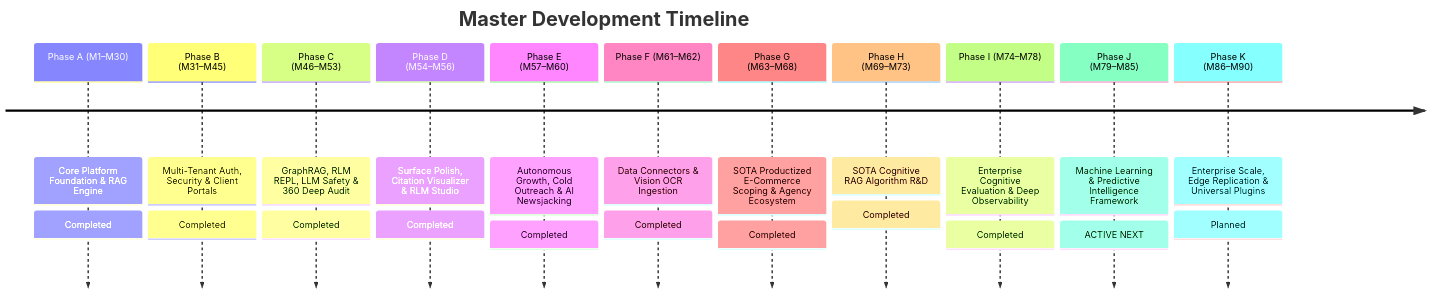
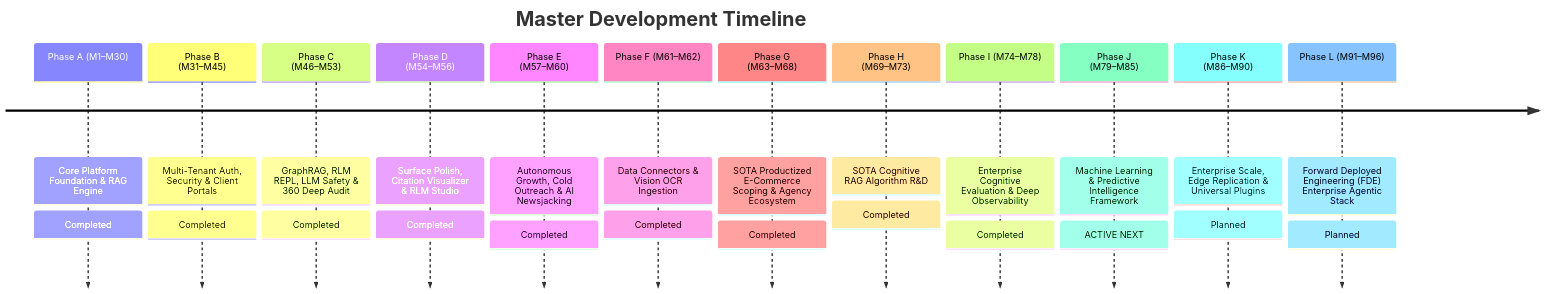
The diagram in ROADMAP.md (prat3010/Prateek_website), drawn with Mermaid before and after one commit. The commit also changed other lines of this file and 19 other files, not shown here.

Commit message:
feat(rag): eliminate mocks, sync consensus/rlm contracts & update architecture graph

````diff
--- a/ROADMAP.md
+++ b/ROADMAP.md
@@ -10,15 +10,16 @@
 ```mermaid
 timeline
     title Master Development Timeline
     Phase A (M1–M30) : Core Platform Foundation & RAG Engine : Completed
     Phase B (M31–M45) : Multi-Tenant Auth, Security & Client Portals : Completed
     Phase C (M46–M53) : GraphRAG, RLM REPL, LLM Safety & 360 Deep Audit : Completed
     Phase D (M54–M56) : Surface Polish, Citation Visualizer & RLM Studio : Completed
     Phase E (M57–M60) : Autonomous Growth, Cold Outreach & AI Newsjacking : Completed
     Phase F (M61–M62) : Data Connectors & Vision OCR Ingestion : Completed
     Phase G (M63–M68) : SOTA Productized E-Commerce Scoping & Agency Ecosystem : Completed
     Phase H (M69–M73) : SOTA Cognitive RAG Algorithm R&D : Completed
     Phase I (M74–M78) : Enterprise Cognitive Evaluation & Deep Observability : Completed
     Phase J (M79–M85) : Machine Learning & Predictive Intelligence Framework : ACTIVE NEXT
     Phase K (M86–M90) : Enterprise Scale, Edge Replication & Universal Plugins : Planned
+    Phase L (M91–M96) : Forward Deployed Engineering (FDE) Enterprise Agentic Stack : Planned
 ```
````
